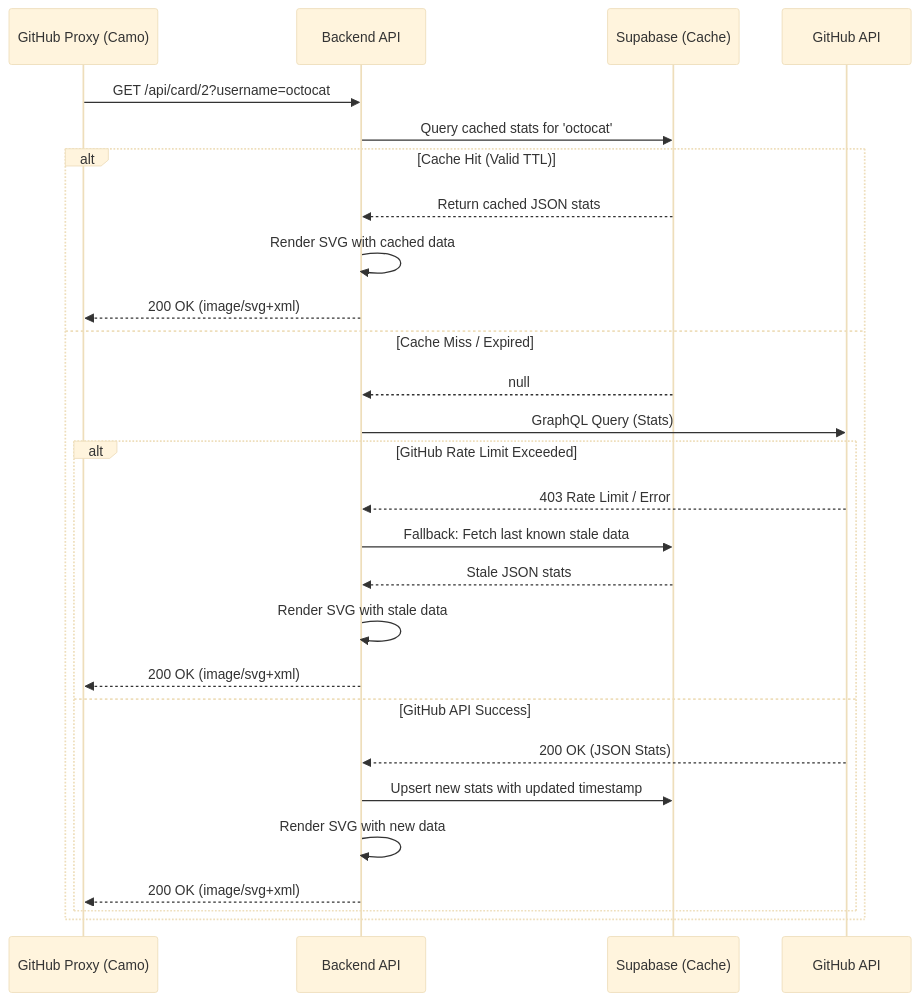
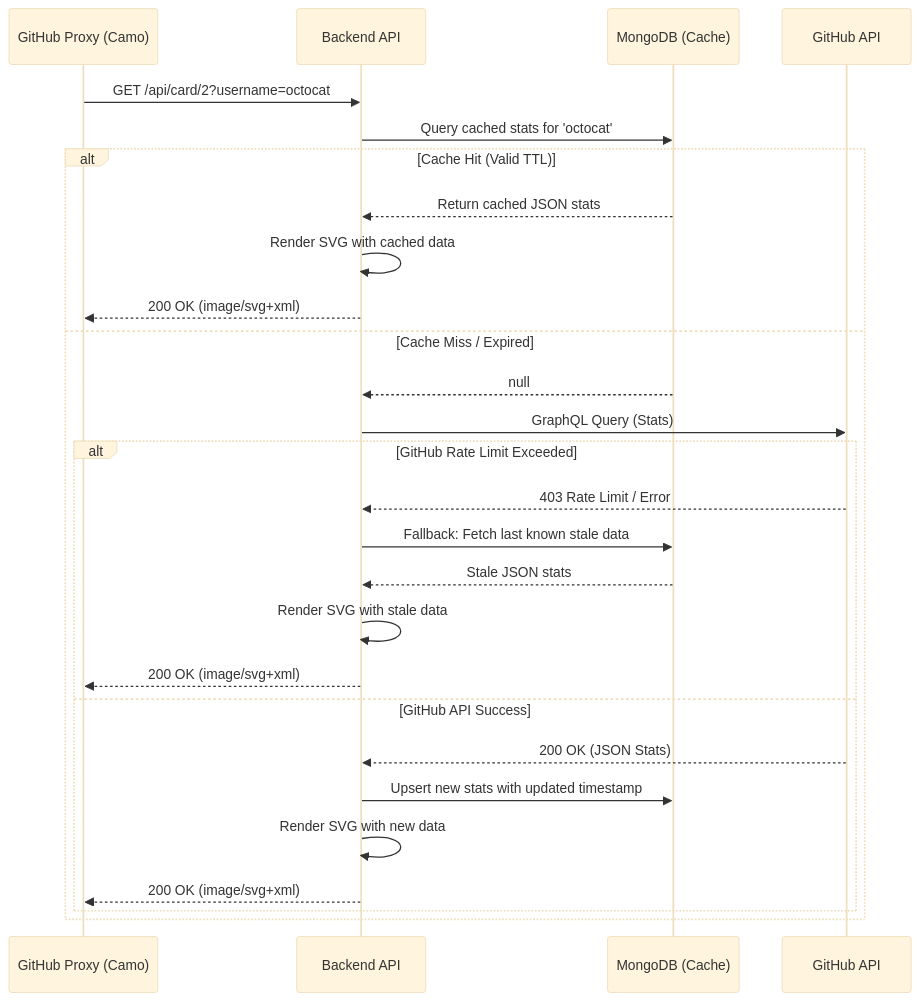
Before and after one commit to pkbros/GithubReadmeStatsV2: the second of 2 diagrams in ARCHITECTURE.md, drawn with Mermaid (base theme). The commit also changed other lines of this file and 25 other files, not shown here.

First line of the commit message:
fix: harden SVG rendering and migrate cache to MongoDB

````diff
--- a/ARCHITECTURE.md
+++ b/ARCHITECTURE.md
@@ -61,32 +61,32 @@
 ```mermaid
 sequenceDiagram
     participant Camo as GitHub Proxy (Camo)
     participant API as Backend API
-    participant DB as Supabase (Cache)
+    participant DB as MongoDB (Cache)
     participant GH as GitHub API
     
     Camo->>API: GET /api/card/2?username=octocat
     API->>DB: Query cached stats for 'octocat'
     
     alt Cache Hit (Valid TTL)
         DB-->>API: Return cached JSON stats
         API->>API: Render SVG with cached data
         API-->>Camo: 200 OK (image/svg+xml)
     else Cache Miss / Expired
         DB-->>API: null
         API->>GH: GraphQL Query (Stats)
         
         alt GitHub Rate Limit Exceeded
             GH-->>API: 403 Rate Limit / Error
             API->>DB: Fallback: Fetch last known stale data
             DB-->>API: Stale JSON stats
             API->>API: Render SVG with stale data
             API-->>Camo: 200 OK (image/svg+xml)
         else GitHub API Success
             GH-->>API: 200 OK (JSON Stats)
             API->>DB: Upsert new stats with updated timestamp
             API->>API: Render SVG with new data
             API-->>Camo: 200 OK (image/svg+xml)
         end
     end
 ```
````
